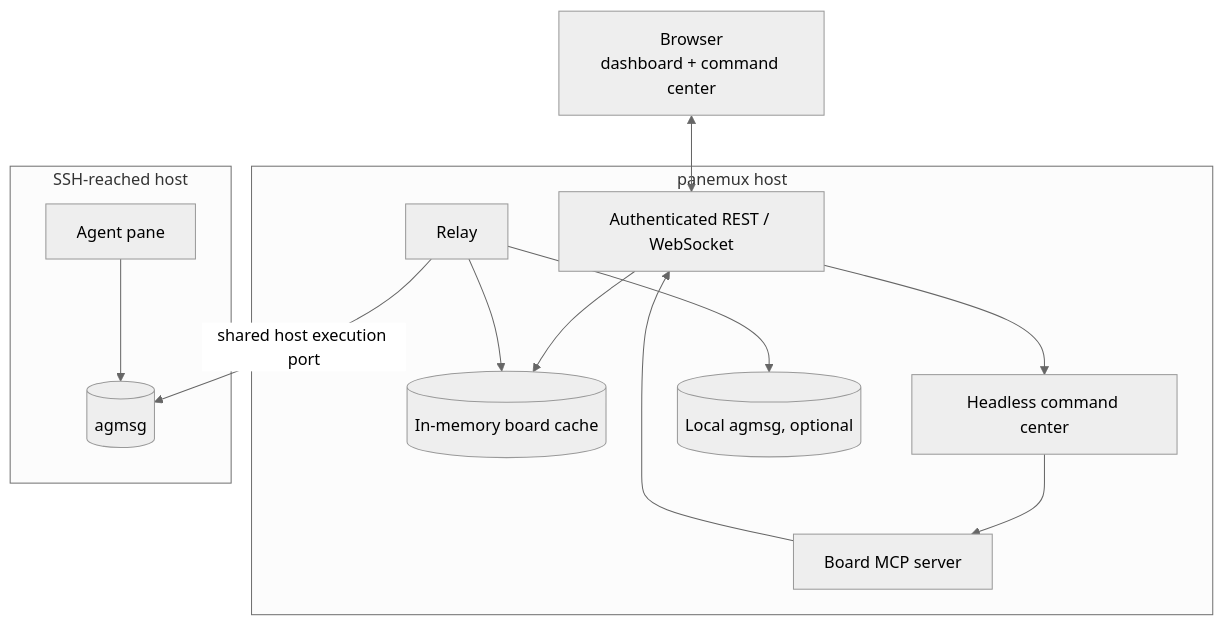
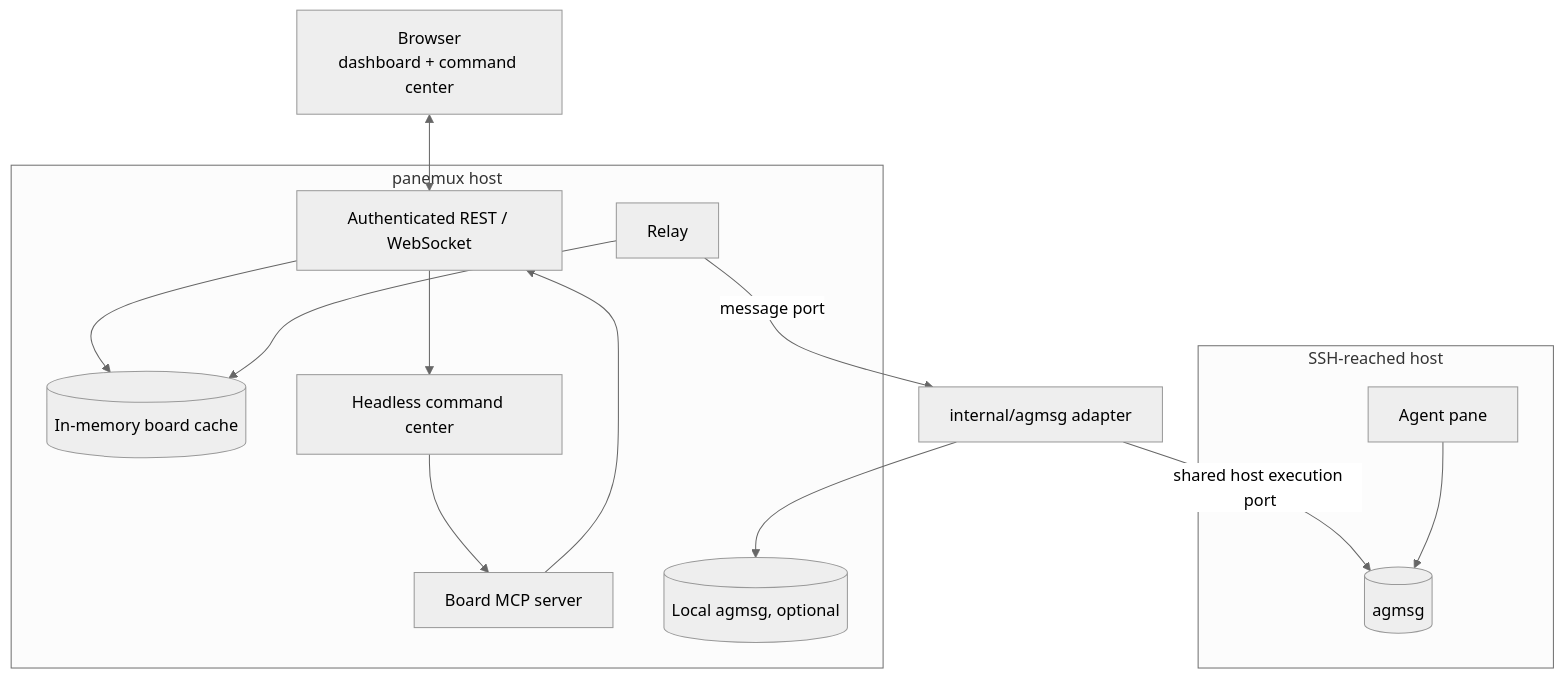
One commit to tomo-chan/panemux changed the diagram in docs/agent-board/architecture.md. Above: the diagram before and after it, drawn with Mermaid (neutral theme). The commit also changed other lines of this file and 105 other files, not shown here.

````diff
--- a/docs/agent-board/architecture.md
+++ b/docs/agent-board/architecture.md
@@ -7,27 +7,28 @@
 ```mermaid
 flowchart TB
     Browser["Browser<br/>dashboard + command center"]
 
     subgraph PanemuxHost["panemux host"]
         API["Authenticated REST / WebSocket"]
         Cache[("In-memory board cache")]
         Relay["Relay"]
         Command["Headless command center"]
         MCP["Board MCP server"]
         LocalAgmsg[("Local agmsg, optional")]
     end
 
     subgraph RemoteHost["SSH-reached host"]
         RemoteAgmsg[("agmsg")]
         Agent["Agent pane"]
     end
 
     Browser <--> API
     API --> Cache
     API --> Command
     Command --> MCP --> API
     Relay --> Cache
-    Relay --> LocalAgmsg
-    Relay -->|shared host execution port| RemoteAgmsg
+    Relay -->|message port| Adapter["internal/agmsg adapter"]
+    Adapter --> LocalAgmsg
+    Adapter -->|shared host execution port| RemoteAgmsg
     Agent --> RemoteAgmsg
 ```
````
